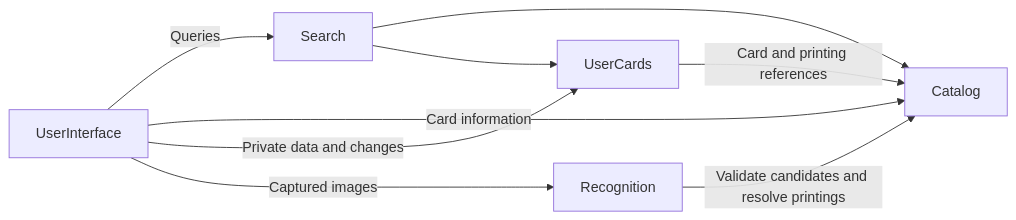
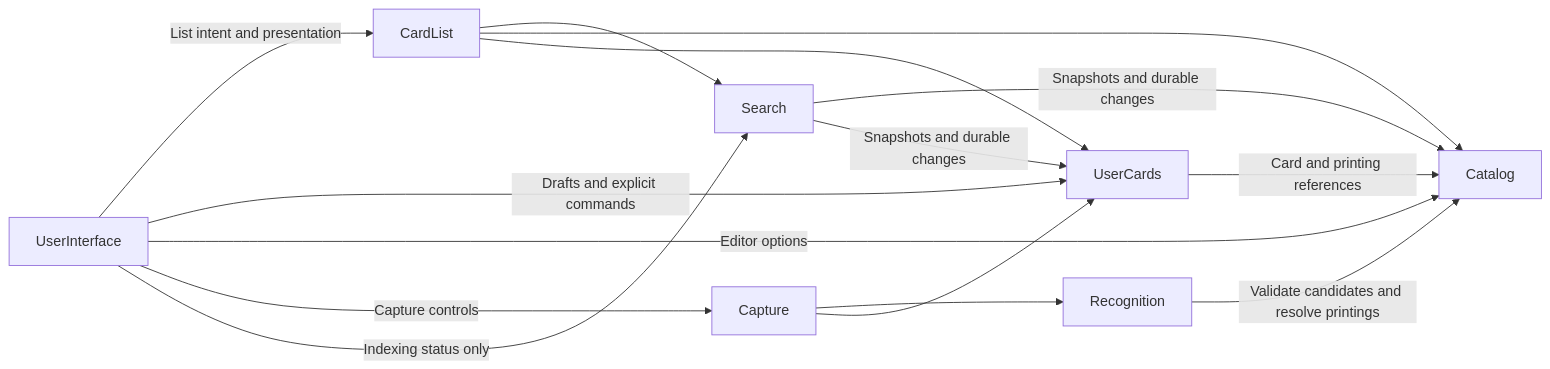
The diagram in docs/architecture.md (saintiago/magic-collection-keeper), drawn with Mermaid before and after one commit. The commit also changed other lines of this file and 18 other files, not shown here.

Commit message:
docs: define modular UI and asynchronous search architecture

````diff
--- a/docs/architecture.md
+++ b/docs/architecture.md
@@ -25,11 +27,17 @@
 ```mermaid
 flowchart LR
-    UI[UserInterface] -->|Queries| Search
-    Search --> Catalog
-    Search --> UserCards
-    UI -->|Card information| Catalog
-    UI -->|Private data and changes| UserCards
-    UI -->|Captured images| Recognition
+    UI[UserInterface] -->|List intent and presentation| CardList
+    UI -->|Drafts and explicit commands| UserCards
+    UI -->|Editor options| Catalog
+    UI -->|Capture controls| Capture
+    UI -->|Indexing status only| Search
+    CardList --> Search
+    CardList --> Catalog
+    CardList --> UserCards
+    Capture --> Recognition
+    Capture --> UserCards
+    Search -->|Snapshots and durable changes| Catalog
+    Search -->|Snapshots and durable changes| UserCards
     Recognition -->|Validate candidates and resolve printings| Catalog
     UserCards -->|Card and printing references| Catalog
 ```
````
